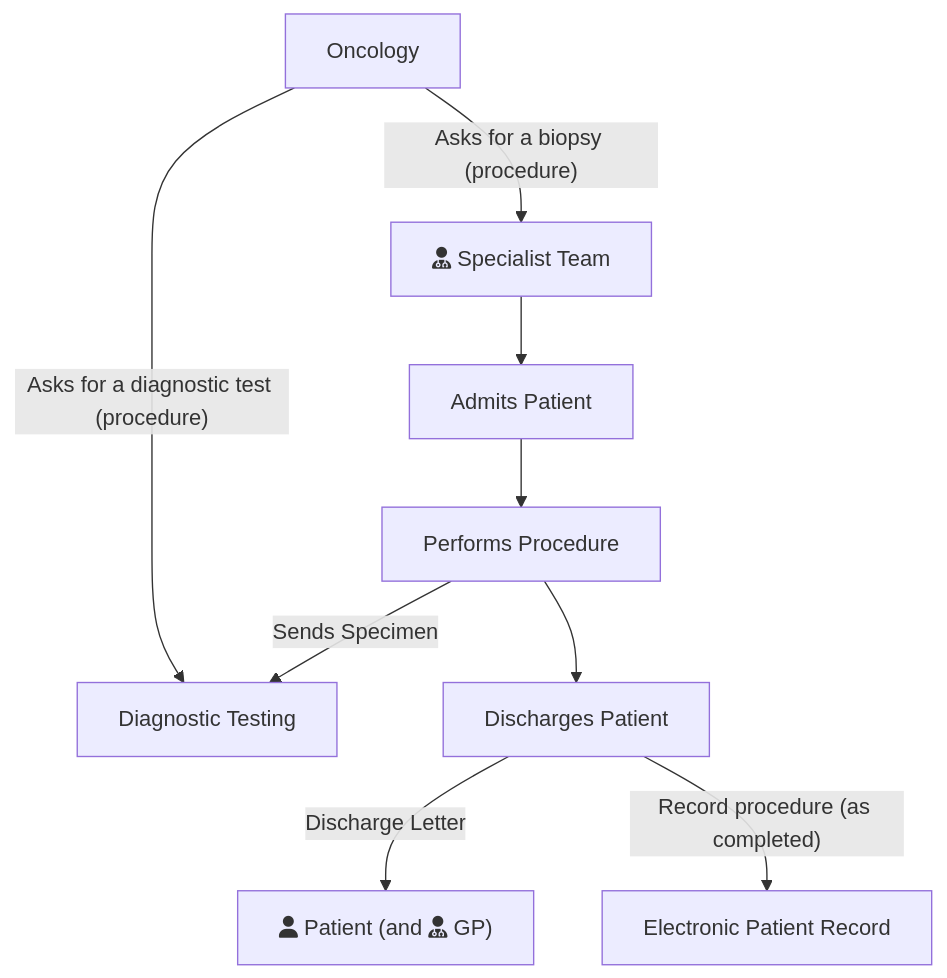
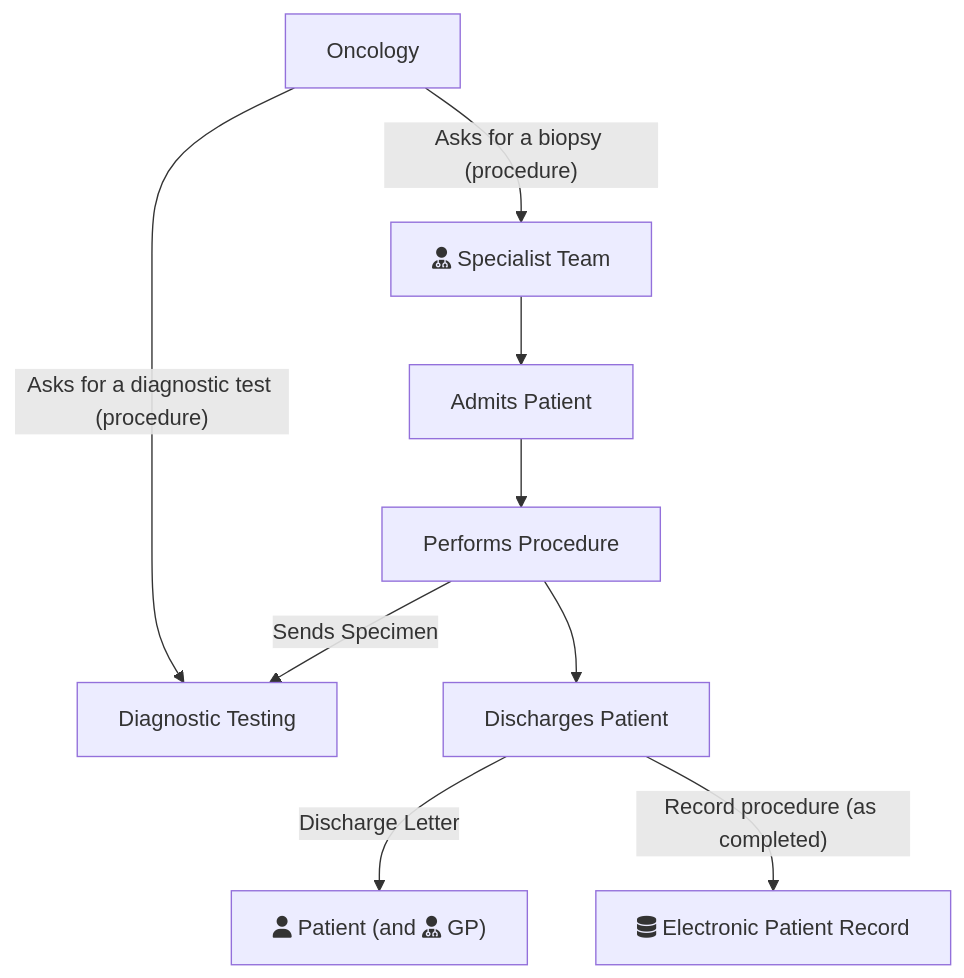
The diagram in input/intro-notes/ExampleScenario-BiopsyProcedure-intro.md (uk-gov-mirror/nw-gmsa.nw-gmsa.github.com), drawn with Mermaid before and after one commit. The commit also changed 1 other file, not shown here.

Commit message:
fontawesome local

````diff
--- a/input/intro-notes/ExampleScenario-BiopsyProcedure-intro.md
+++ b/input/intro-notes/ExampleScenario-BiopsyProcedure-intro.md
@@ -2,12 +2,12 @@
 ```mermaid
 graph TD;
 
     Oncology --> |"Asks for a biopsy (procedure)"| SpecialistTeam[fas:fa-user-md Specialist Team]
     Oncology --> |"Asks for a diagnostic test (procedure)"| DiagnosticTesting[Diagnostic Testing]
     SpecialistTeam --> Admits[Admits Patient]
     Admits --> Performs[Performs Procedure]
     Performs --> Discharge[Discharges Patient]
     Performs --> |Sends Specimen| DiagnosticTesting
     Discharge --> |Discharge Letter| Patient["fas:fa-user Patient (and fas:fa-user-md GP)"]
-    Discharge --> |"Record procedure (as completed)"| EPR[Electronic Patient Record]
+    Discharge --> |"Record procedure (as completed)"| EPR["<i class='fa fa-database'></i> Electronic Patient Record"]
 ```
````
